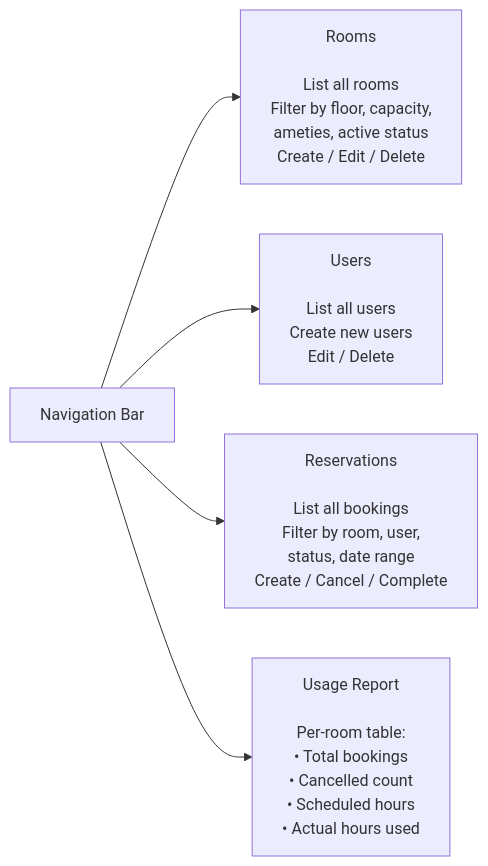
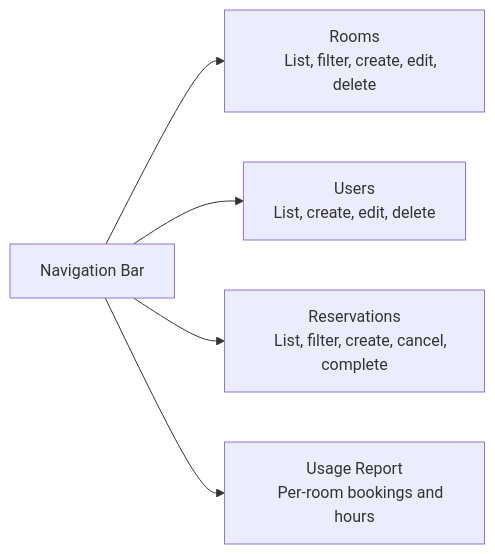
Before and after one commit to Amith-Ganta/room-reservation-system: the eighth of 10 diagrams in README.md, drawn with Mermaid. The commit also changed other lines of this file and 1 other file, not shown here.

First line of the commit message:
fix: remove \n from all mermaid diagrams for GitHub rendering

````diff
--- a/README.md
+++ b/README.md
@@ -218,12 +218,16 @@
 ```mermaid
 flowchart LR
     NAV["Navigation Bar"] --> ROOMS & USERS & RESERVATIONS & REPORT
 
-    ROOMS["Rooms\n\nList all rooms\nFilter by floor, capacity,\nameties, active status\nCreate / Edit / Delete"]
+    ROOMS["Rooms
+    List, filter, create, edit, delete"]
 
-    USERS["Users\n\nList all users\nCreate new users\nEdit / Delete"]
+    USERS["Users
+    List, create, edit, delete"]
 
-    RESERVATIONS["Reservations\n\nList all bookings\nFilter by room, user,\nstatus, date range\nCreate / Cancel / Complete"]
+    RESERVATIONS["Reservations
+    List, filter, create, cancel, complete"]
 
-    REPORT["Usage Report\n\nPer-room table:\n• Total bookings\n• Cancelled count\n• Scheduled hours\n• Actual hours used"]
+    REPORT["Usage Report
+    Per-room bookings and hours"]
 ```
````
